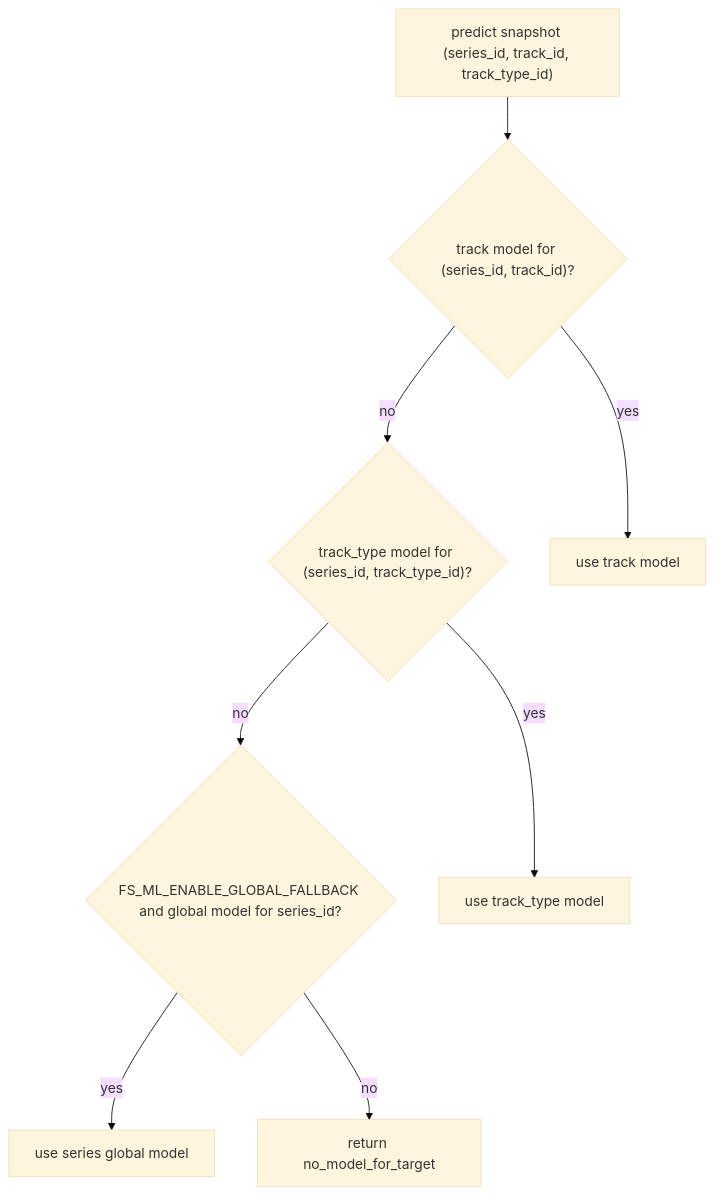
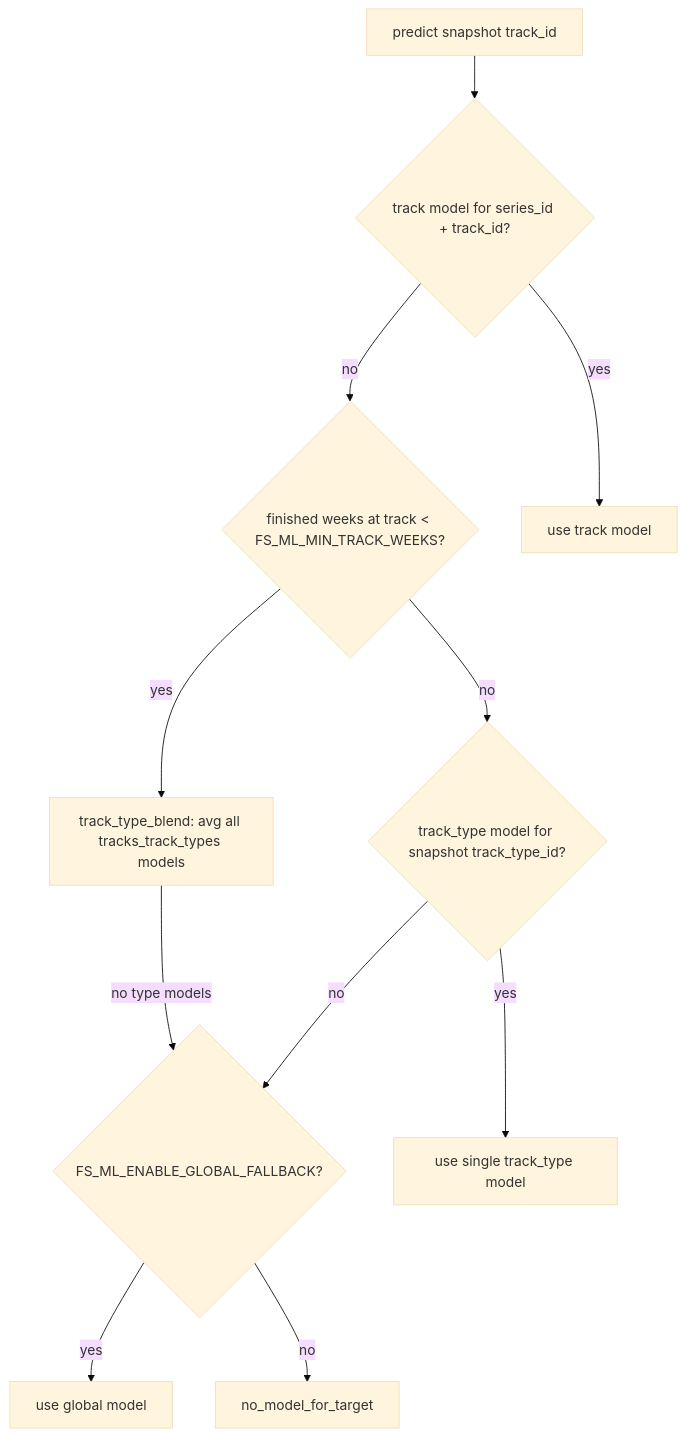
One commit to giraffalope/fantasy-sports-airflow changed the second of 2 diagrams in docs/nascar/cup.machine_learning.md. Above: the diagram before and after it, drawn with Mermaid (base theme). The commit also changed other lines of this file and 33 other files, not shown here.

````diff
--- a/docs/nascar/cup.machine_learning.md
+++ b/docs/nascar/cup.machine_learning.md
@@ -218,18 +226,23 @@
      ```mermaid
      flowchart TB
-       Snap["predict snapshot (series_id, track_id, track_type_id)"]
-       HasTrack{"track model for (series_id, track_id)?"}
-       HasType{"track_type model for (series_id, track_type_id)?"}
-       HasGlobal{"FS_ML_ENABLE_GLOBAL_FALLBACK and global model for series_id?"}
+       Snap["predict snapshot track_id"]
+       HasTrack{"track model for series_id + track_id?"}
+       Cold{"finished weeks at track < FS_ML_MIN_TRACK_WEEKS?"}
+       Blend["track_type_blend: avg all tracks_track_types models"]
+       HasType{"track_type model for snapshot track_type_id?"}
+       HasGlobal{"FS_ML_ENABLE_GLOBAL_FALLBACK?"}
        TrackModel["use track model"]
-       TypeModel["use track_type model"]
-       GlobalModel["use series global model"]
-       Skip["return no_model_for_target"]
+       TypeModel["use single track_type model"]
+       GlobalModel["use global model"]
+       Skip["no_model_for_target"]
        Snap --> HasTrack
        HasTrack -- yes --> TrackModel
-       HasTrack -- no --> HasType
+       HasTrack -- no --> Cold
+       Cold -- yes --> Blend
+       Cold -- no --> HasType
+       Blend -->|no type models| HasGlobal
        HasType -- yes --> TypeModel
        HasType -- no --> HasGlobal
        HasGlobal -- yes --> GlobalModel
        HasGlobal -- no --> Skip
      ```
````
